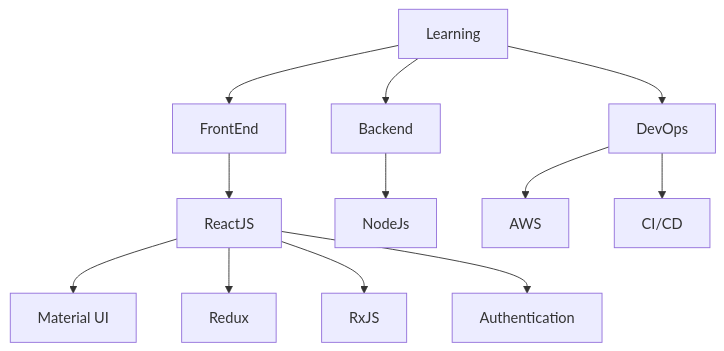
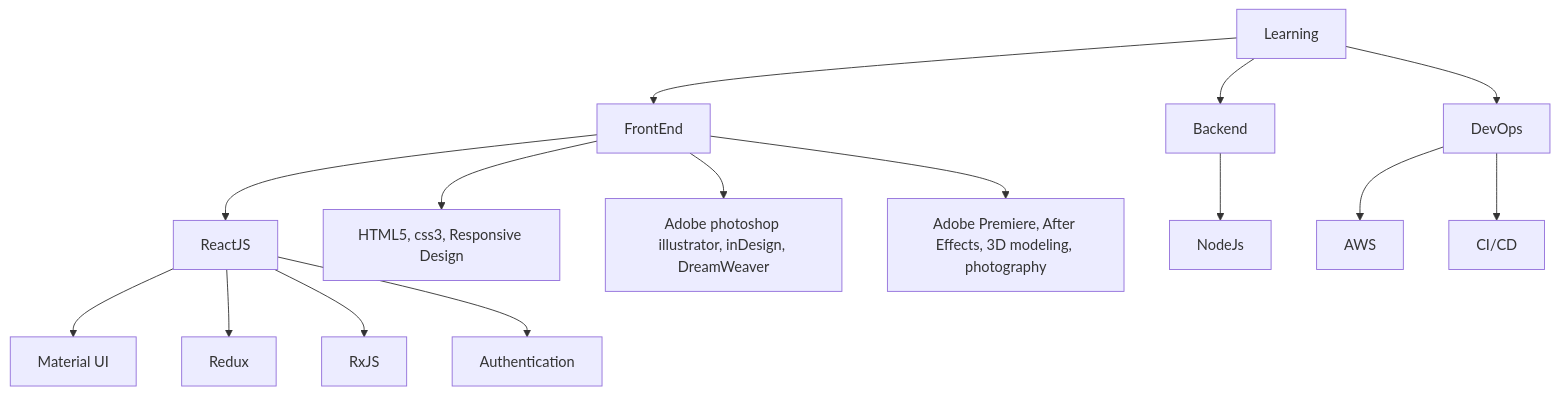
One commit to ravi-soda/ImportantLinks changed the first of 2 diagrams in learningPlan.md. Above: the diagram before and after it, drawn with Mermaid.

````diff
--- a/learningPlan.md
+++ b/learningPlan.md
@@ -2,12 +2,16 @@
 ```mermaid
   graph TD;
       A[Learning]-->F[FrontEnd]-->react[ReactJS];
       A-->B[Backend]-->node[NodeJs];
       A-->DevOps-->AWS
-      
+
+      F--> web[HTML5, css3, Responsive Design]
+      F--> design[Adobe photoshop illustrator, inDesign, DreamWeaver]
+      F--> additional[Adobe Premiere, After Effects, 3D modeling, photography]
+
       DevOps-->CI/CD
       react-->MUI[Material UI]
       react-->Redux
       react-->RxJS
       react-->auth[Authentication]
 ```
````
